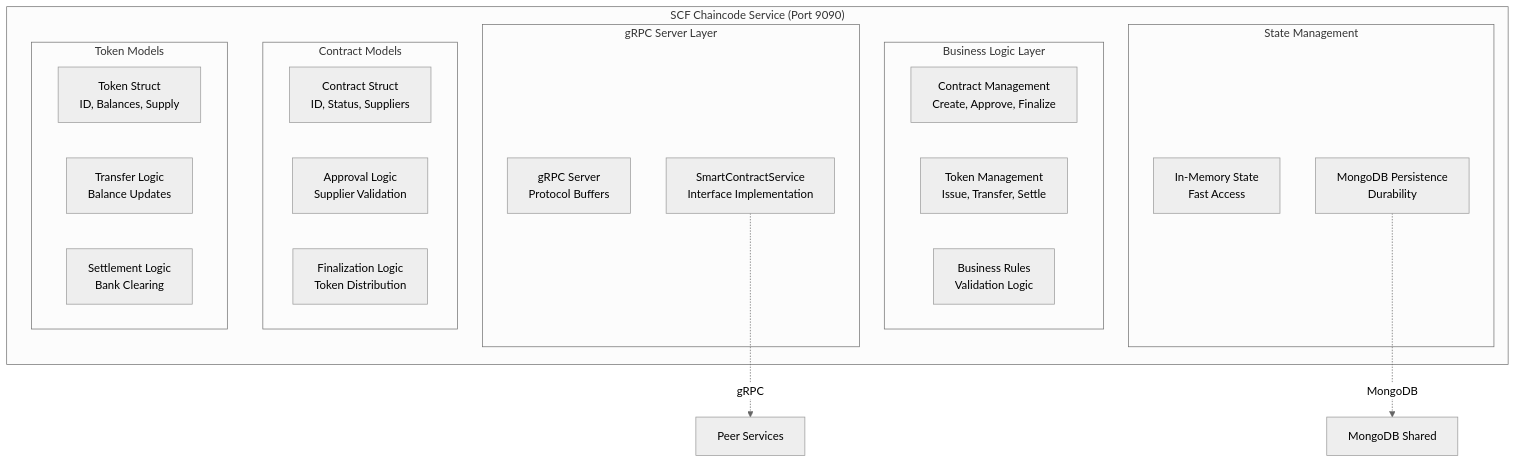
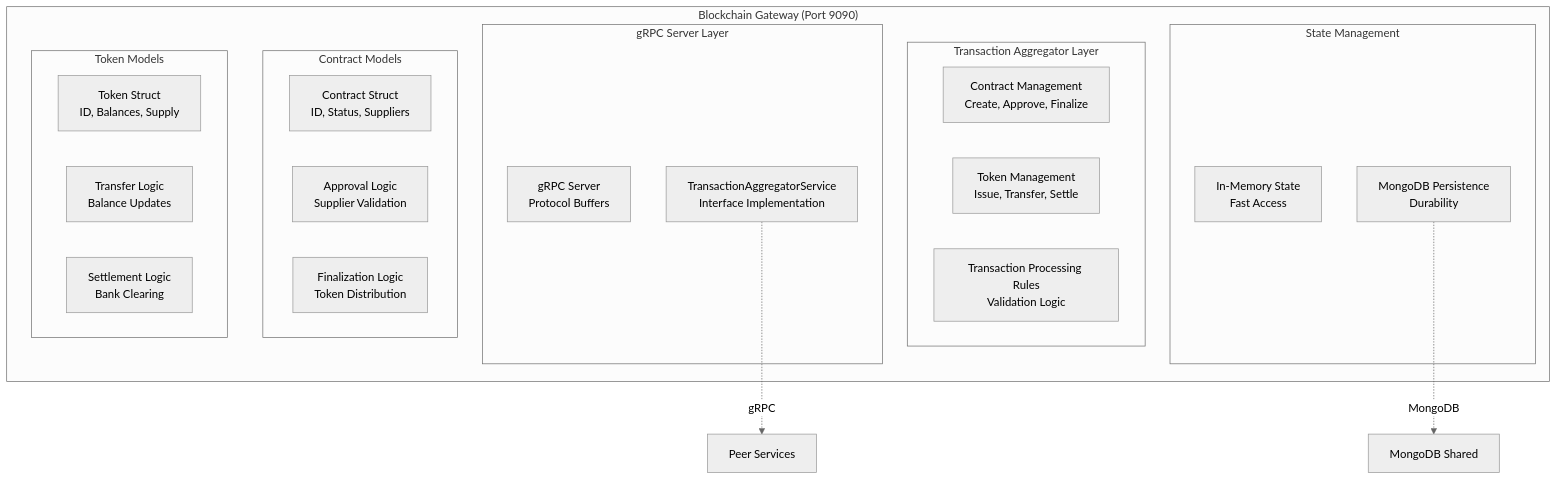
One commit to trunghc97/blockchain changed diagram 24 of 25 in System_Design_Document.md. Above: the diagram before and after it, drawn with Mermaid (neutral theme). The commit also changed other lines of this file and 1 other file, not shown here.

````diff
--- a/System_Design_Document.md
+++ b/System_Design_Document.md
@@ -1821,36 +2249,36 @@
 ```mermaid
 graph TB
-    subgraph "SCF Chaincode Service (Port 9090)"
+    subgraph "Blockchain Gateway (Port 9090)"
         subgraph "gRPC Server Layer"
             GRPC_SERVER[gRPC Server<br/>Protocol Buffers]
-            SERVICE[SmartContractService<br/>Interface Implementation]
+            SERVICE[TransactionAggregatorService<br/>Interface Implementation]
         end
 
-        subgraph "Business Logic Layer"
+        subgraph "Transaction Aggregator Layer"
             CONTRACT_MGMT[Contract Management<br/>Create, Approve, Finalize]
             TOKEN_MGMT[Token Management<br/>Issue, Transfer, Settle]
-            VALIDATION[Business Rules<br/>Validation Logic]
+            VALIDATION[Transaction Processing Rules<br/>Validation Logic]
         end
 
         subgraph "State Management"
             IN_MEMORY[In-Memory State<br/>Fast Access]
             PERSISTENCE[MongoDB Persistence<br/>Durability]
         end
 
         subgraph "Contract Models"
             CONTRACT[Contract Struct<br/>ID, Status, Suppliers]
             APPROVAL[Approval Logic<br/>Supplier Validation]
             FINALIZE[Finalization Logic<br/>Token Distribution]
         end
 
         subgraph "Token Models"
             TOKEN[Token Struct<br/>ID, Balances, Supply]
             TRANSFER[Transfer Logic<br/>Balance Updates]
             SETTLE[Settlement Logic<br/>Bank Clearing]
         end
     end
 
     %% External connections
     SERVICE -.->|gRPC| PEERS[Peer Services]
     PERSISTENCE -.->|MongoDB| MONGO_SHARED[MongoDB Shared]
 ```
````
